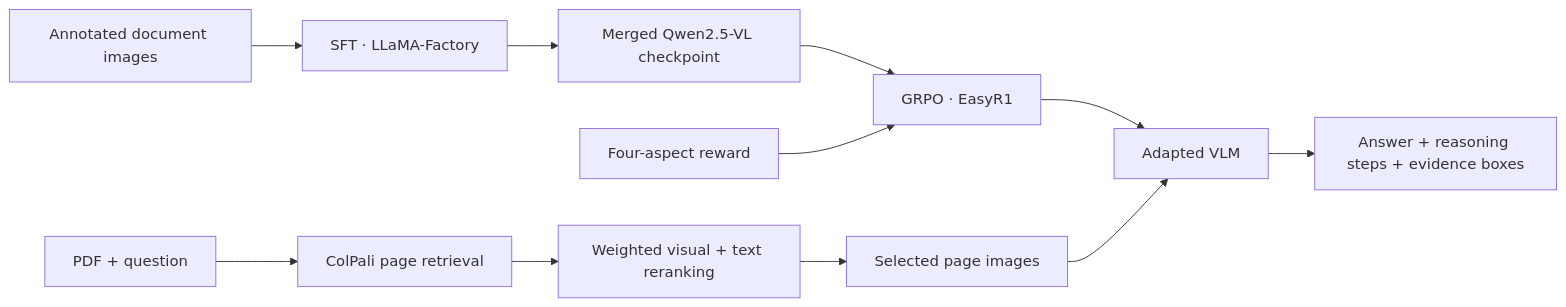
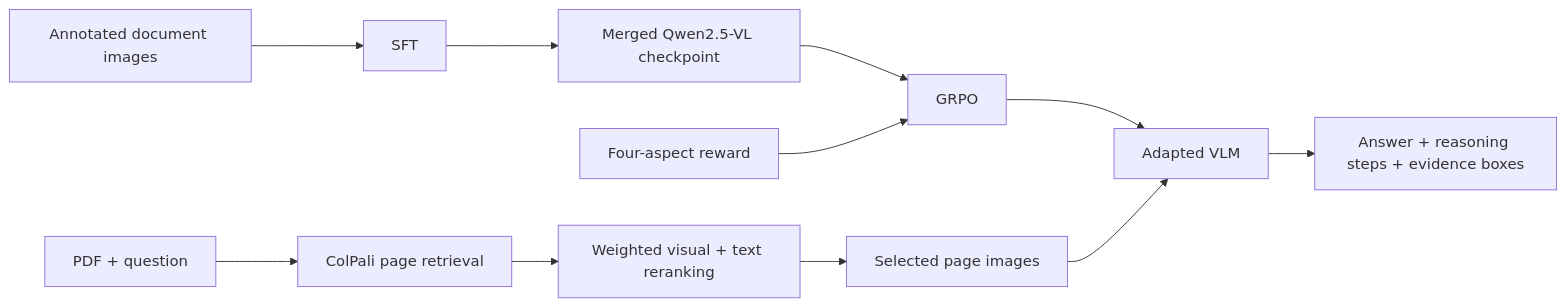
Before and after one commit to shuyi003/HERA-VLM-Hierarchical-evidence-grounded-reasoning-paths-within-multimodal-RAG: the diagram in README.md, drawn with Mermaid.

Commit message:
Remove framework names from overview diagram

````diff
--- a/README.md
+++ b/README.md
@@ -9,13 +9,13 @@
 ```mermaid
 flowchart LR
-  A[Annotated document images] --> B[SFT · LLaMA-Factory]
+  A[Annotated document images] --> B[SFT]
   B --> C[Merged Qwen2.5-VL checkpoint]
-  C --> D[GRPO · EasyR1]
+  C --> D[GRPO]
   E[Four-aspect reward] --> D
   D --> F[Adapted VLM]
   G[PDF + question] --> H[ColPali page retrieval]
   H --> I[Weighted visual + text reranking]
   I --> J[Selected page images]
   J --> F
   F --> K[Answer + reasoning steps + evidence boxes]
 ```
````
